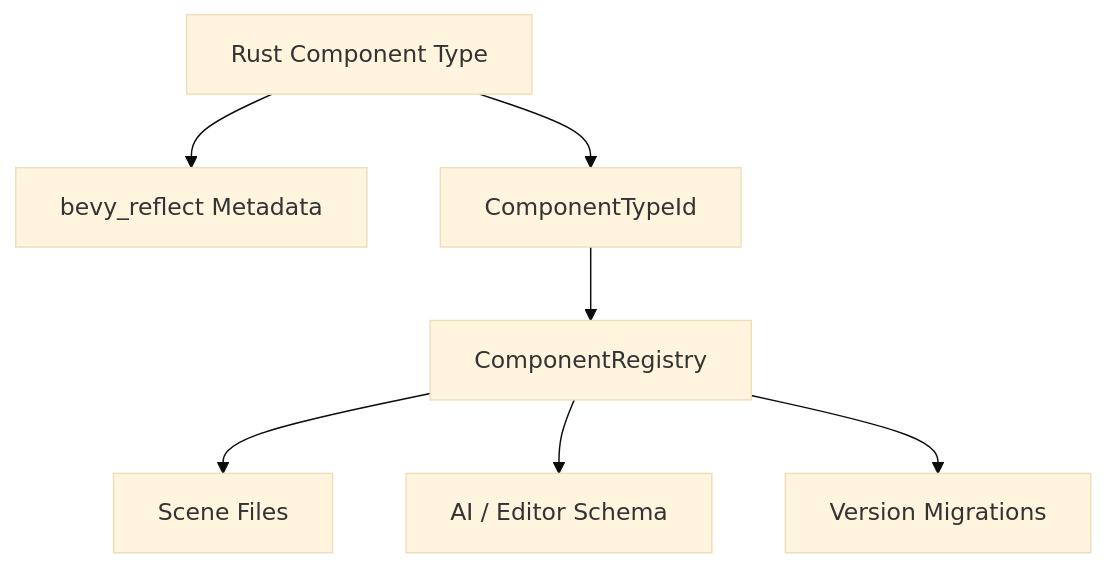
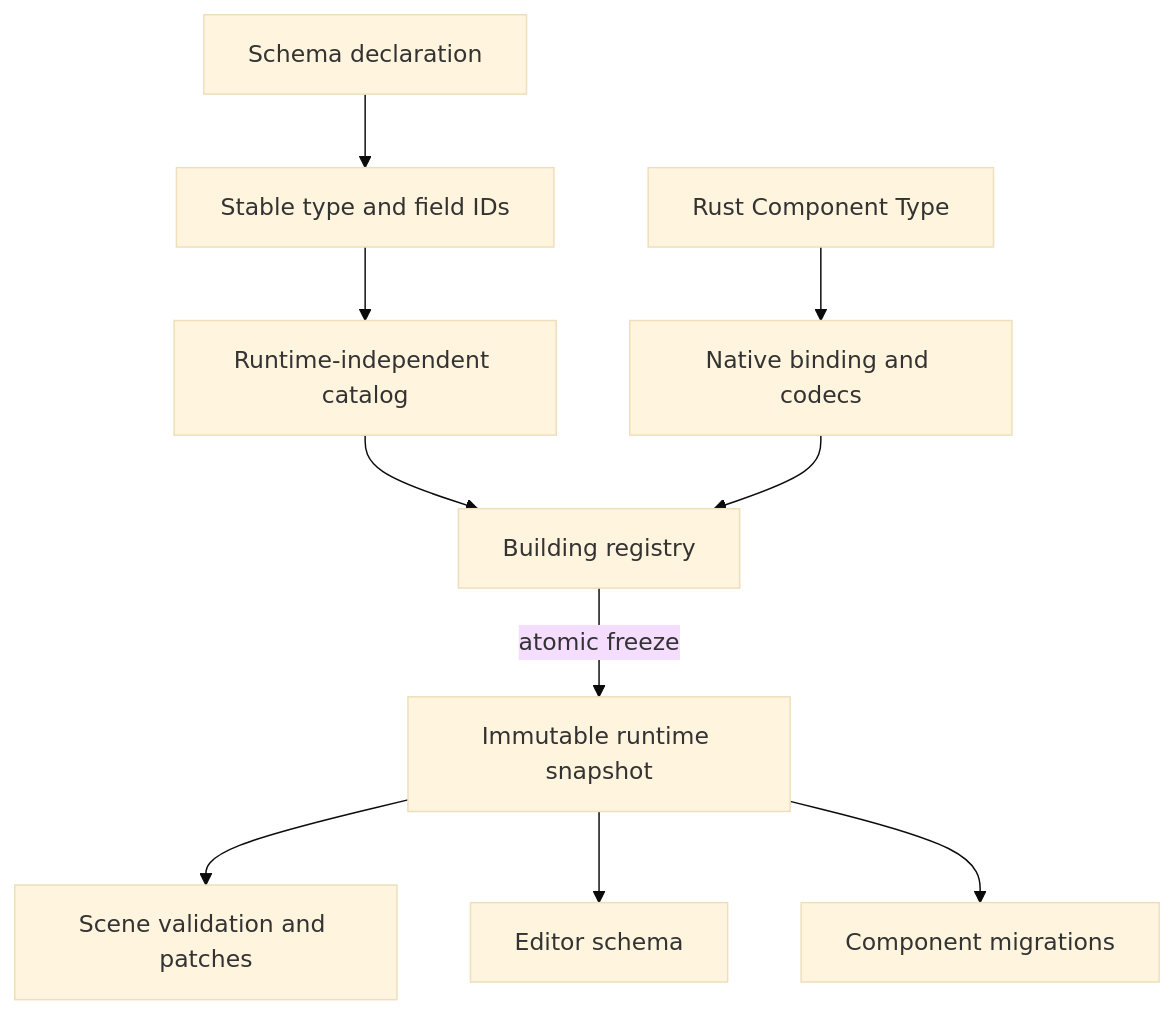
Before and after one commit to Latias94/nara: the diagram in docs/architecture/adr/0011-component-schema-ids-and-migrations.md, drawn with Mermaid (base theme). The commit also changed other lines of this file and 82 other files, not shown here.

Commit message:
feat(schema): establish canonical persistence contracts

````diff
--- a/docs/architecture/adr/0011-component-schema-ids-and-migrations.md
+++ b/docs/architecture/adr/0011-component-schema-ids-and-migrations.md
@@ -24,9 +28,12 @@
 ```mermaid
 flowchart TD
-    RustType[Rust Component Type] --> Reflect[bevy_reflect Metadata]
-    RustType --> StableId[ComponentTypeId]
-    StableId --> Registry[ComponentRegistry]
-    Registry --> Scene[Scene Files]
-    Registry --> Schema[AI / Editor Schema]
-    Registry --> Migrations[Version Migrations]
+    RustType[Rust Component Type] --> Binding[Native binding and codecs]
+    Source[Schema declaration] --> StableId[Stable type and field IDs]
+    StableId --> Catalog[Runtime-independent catalog]
+    Catalog --> Registry[Building registry]
+    Binding --> Registry
+    Registry -->|atomic freeze| Snapshot[Immutable runtime snapshot]
+    Snapshot --> Scene[Scene validation and patches]
+    Snapshot --> Schema[Editor schema]
+    Snapshot --> Migrations[Component migrations]
 ```
````
